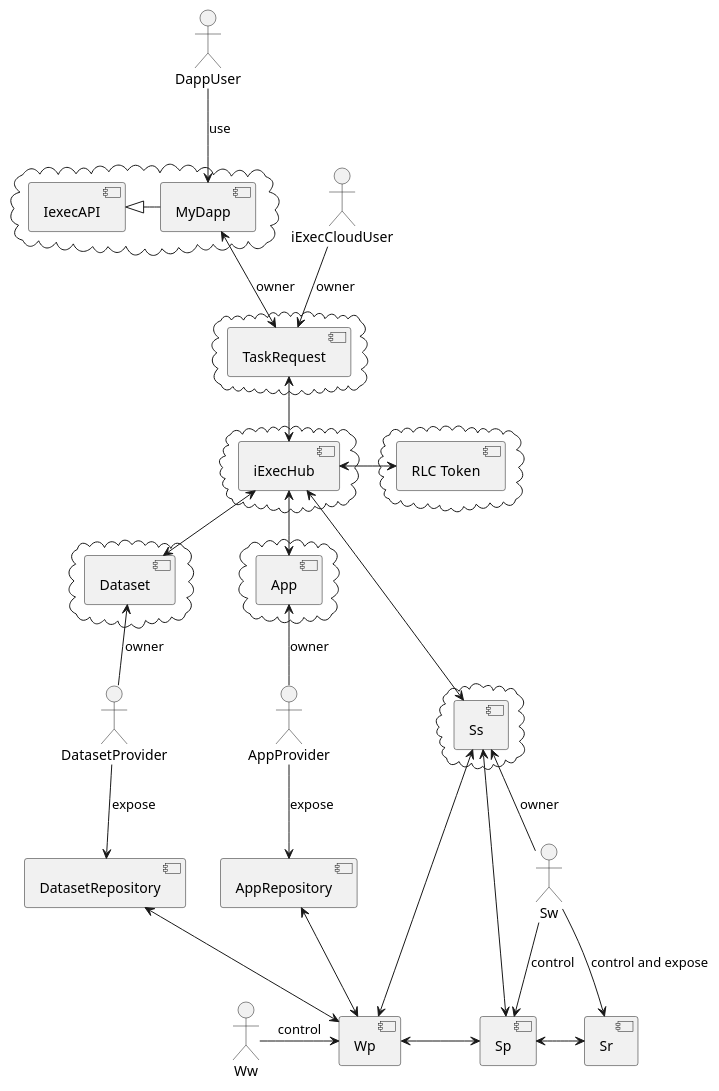
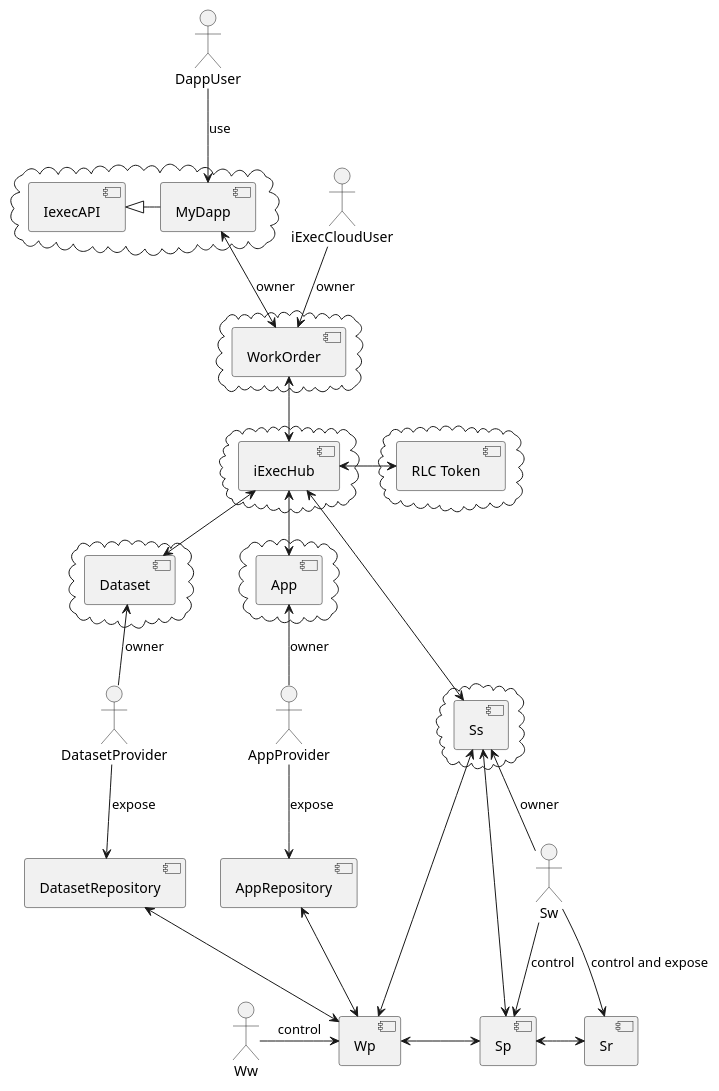
Before and after one commit to iExecBlockchainComputing/PoCo: the diagram in uml/ArchitectureV2Symbols.puml, drawn with PlantUML. The commit also changed 29 other files, not shown here.

Commit message:
consensus reach (and Gilles approved too ) : TaskRequest rename to WorkOrder

```diff
--- a/uml/ArchitectureV2Symbols.puml
+++ b/uml/ArchitectureV2Symbols.puml
@@ -1,107 +1,107 @@
 @startuml
 
 
 :iExecCloudUser:
 :DappUser:
 :AppProvider:
 :Sw:
 :DatasetProvider:
 :Ww:
 
 
 cloud {
   [MyDapp]
   [IexecAPI]
 }
 component [MyDapp]
 component [IexecAPI]
 [IexecAPI] <|-right-  [MyDapp]
 
 
 
 DappUser -down-> [MyDapp]: use
 
 
 cloud {
-  [TaskRequest]
+  [WorkOrder]
 }
 
-component [TaskRequest]
+component [WorkOrder]
 
-MyDapp <-down-> [TaskRequest]: owner
+MyDapp <-down-> [WorkOrder]: owner
 
-iExecCloudUser -down-> [TaskRequest]: owner
+iExecCloudUser -down-> [WorkOrder]: owner
 
 cloud {
   [App]
 }
 component [App]
 component [AppRepository]
 
 
 cloud {
   [Dataset]
 }
 component [Dataset]
 component [DatasetRepository]
 
 
 cloud {
   [Ss]
 }
 
 component [Ss]
 component [Sp]
 component [Sr]
 
 component [Wp]
 
 cloud {
   [iExecHub]
 }
 
 cloud {
   [RLC Token]
 }
 component [iExecHub]
 component [RLC Token]
 
 
 [iExecHub] <-right-> [RLC Token]
 
 
 AppProvider -up-> [App]: owner
 AppProvider -down-> AppRepository: expose
 
 DatasetProvider -up-> [Dataset]: owner
 DatasetProvider -down-> DatasetRepository: expose
 
 Sw -up-> [Ss]: owner
 
 
 Sw -down-> [Sp]: control
 Sw -down-> [Sr]: control and expose
 Sr <-left-> [Sp]
 
 
 [Dataset] <-up-> [iExecHub]
 [App] <-up-> [iExecHub]
 
 [iExecHub] <-down-> [Ss]
-[iExecHub] <-up-> [TaskRequest]
+[iExecHub] <-up-> [WorkOrder]
 
 [Sp] <-up-> [Ss]
 [Wp] <-up-> [Ss]
 
 [Ww] -right-> [Wp]: control
 
 [Wp] <-right-> [Sp]
 
 
 [Wp] <-up-> [AppRepository]
 
 [Wp] <-up-> [DatasetRepository]
 
 
 
 @enduml
```
